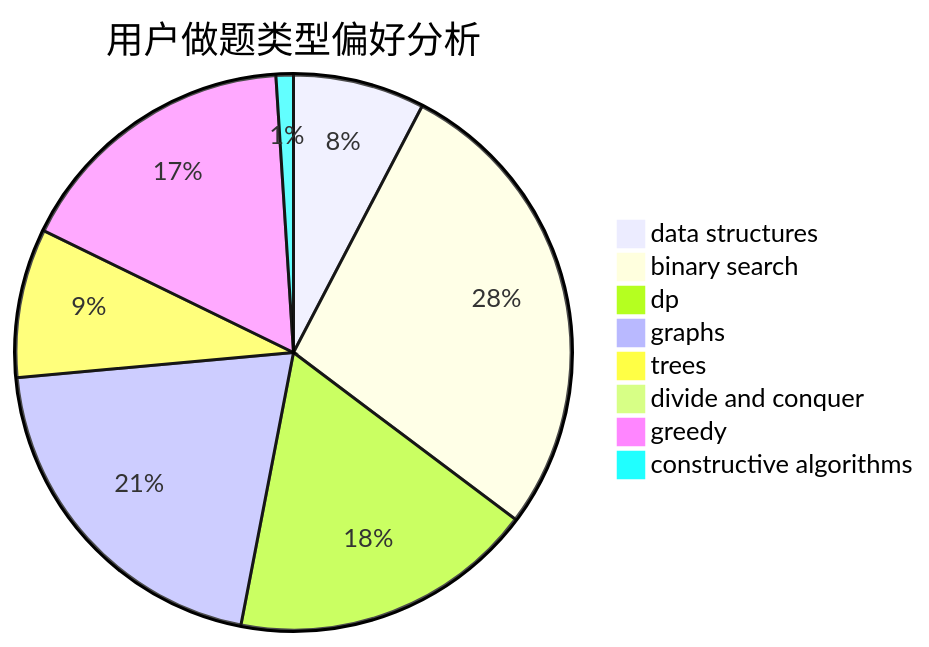
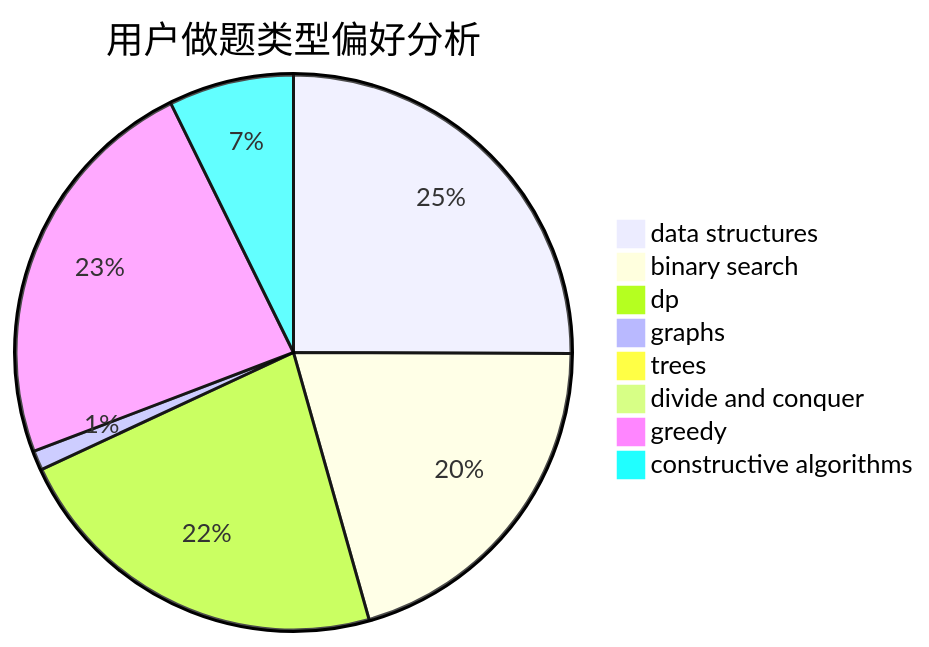
The second of 3 diagrams in docs/user/u455.md (sherpahu/cfrs.github.io), drawn with Mermaid before and after one commit. The commit also changed other lines of this file and 2770 other files, not shown here.

````diff
--- a/docs/user/u455.md
+++ b/docs/user/u455.md
@@ -23,11 +23,11 @@
 ```mermaid
 pie title 用户做题类型偏好分析
-    "data structures" :  53
-    "binary search" :  191
-    "dp" :  123
-    "graphs" :  142
-    "trees" :  60
-    "divide and conquer" :  0
-    "greedy" :  116
-    "constructive algorithms" :  7
+    "data structures" :  485
+    "binary search" :  398
+    "dp" :  435
+    "graphs" :  22
+    "trees" :  5
+    "divide and conquer" :  10
+    "greedy" :  455
+    "constructive algorithms" :  141
 ```
````
